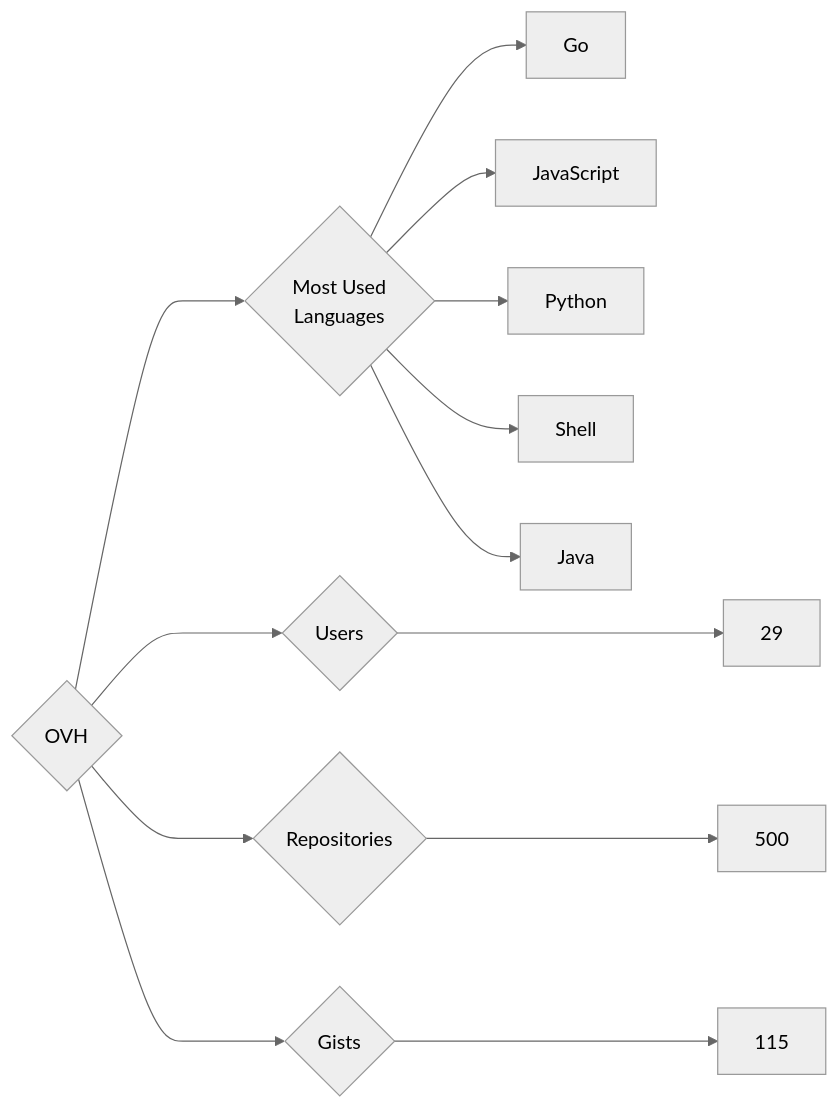
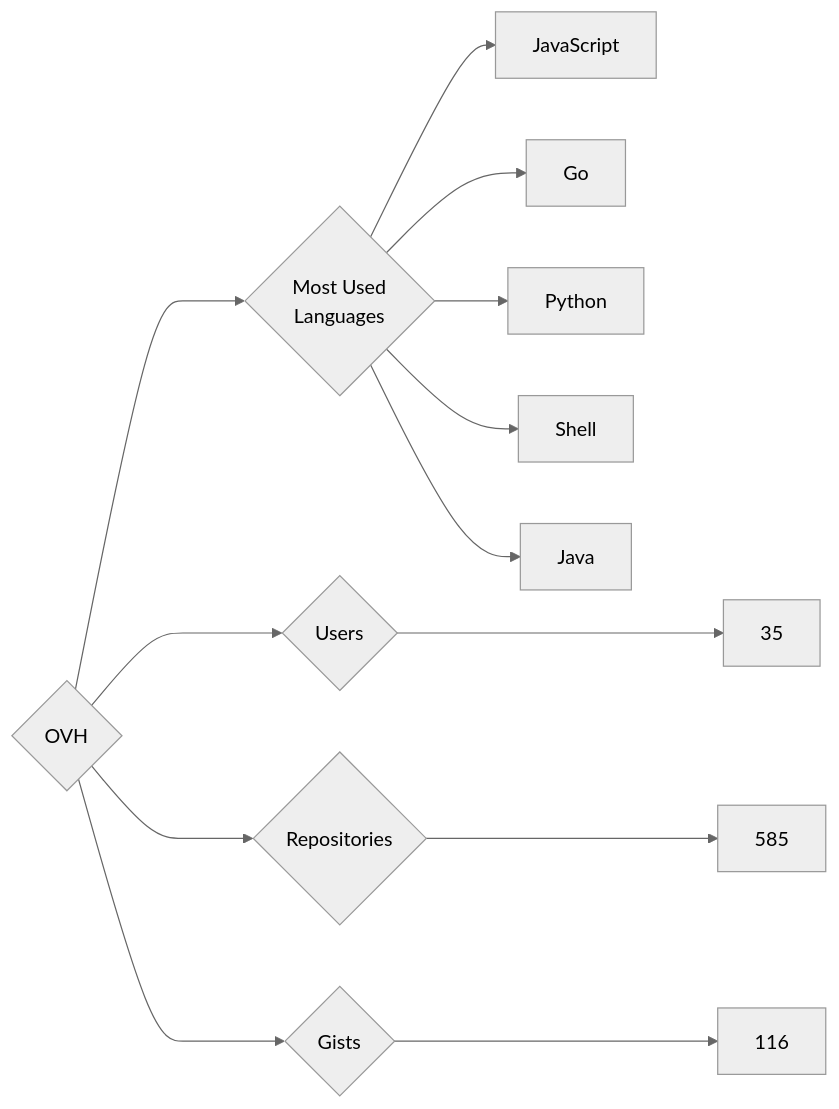
The diagram in targets/OVH/README.md (trickest/insiders), drawn with Mermaid (neutral theme) before and after one commit. The commit also changed 1479 other files, not shown here.

````diff
--- a/targets/OVH/README.md
+++ b/targets/OVH/README.md
@@ -3,13 +3,13 @@
 ```mermaid
 graph LR
 COMPANY_NAME{OVH}
-COMPANY_NAME ---> U{Users} ---> UN[29]
-COMPANY_NAME ---> R{Repositories} ---> RN[500]
-COMPANY_NAME ---> G{Gists} ---> GN[115]
+COMPANY_NAME ---> U{Users} ---> UN[35]
+COMPANY_NAME ---> R{Repositories} ---> RN[585]
+COMPANY_NAME ---> G{Gists} ---> GN[116]
 COMPANY_NAME ---> ML{Most Used<br>Languages}
+ML --> JavaScript[JavaScript]
 ML --> Go[Go]
-ML --> JavaScript[JavaScript]
 ML --> Python[Python]
 ML --> Shell[Shell]
 ML --> Java[Java]
 ```
````
